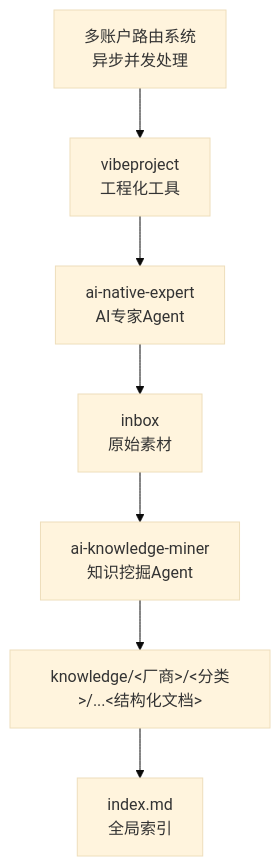
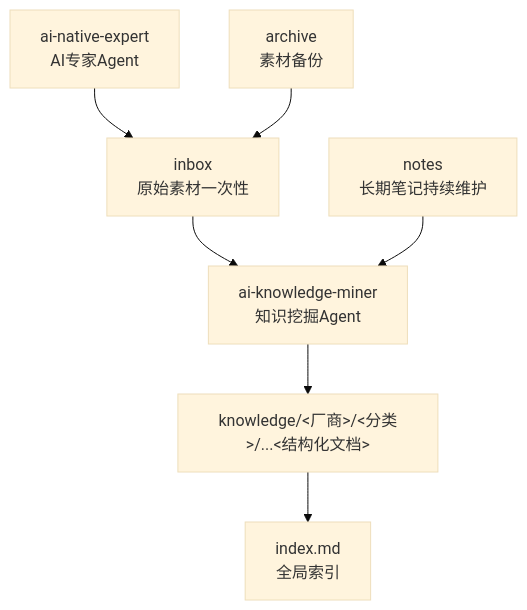
The first of 3 diagrams in .qoder/repowiki/zh/content/项目概述.md (EthanNiWorld/AI-Native-SA-2026), drawn with Mermaid (base theme) before and after one commit. The commit also changed other lines of this file and 21 other files, not shown here.

````diff
--- a/.qoder/repowiki/zh/content/项目概述.md
+++ b/.qoder/repowiki/zh/content/项目概述.md
@@ -63,9 +60,9 @@
 ```mermaid
 graph TB
-A["inbox<br/>原始素材"] --> B["ai-knowledge-miner<br/>知识挖掘Agent"]
-C["ai-native-expert<br/>AI专家Agent"] --> A
-B --> D["knowledge/<厂商>/<分类>/...<结构化文档>"]
-D --> E["index.md<br/>全局索引"]
-F["vibeproject<br/>工程化工具"] --> C
-G["多账户路由系统<br/>异步并发处理"] --> F
+A["inbox<br/>原始素材一次性"] --> B["ai-knowledge-miner<br/>知识挖掘Agent"]
+C["notes<br/>长期笔记持续维护"] --> B
+D["ai-native-expert<br/>AI专家Agent"] --> A
+B --> E["knowledge/<厂商>/<分类>/...<结构化文档>"]
+E --> F["index.md<br/>全局索引"]
+G["archive<br/>素材备份"] --> A
 ```
````
